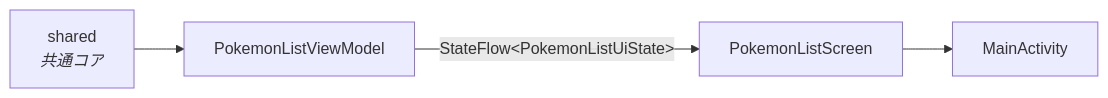
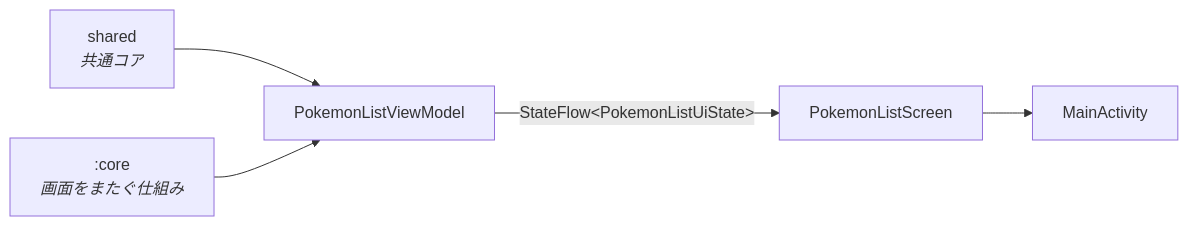
The second of 2 diagrams in README.md (yossibank/android-app-template), drawn with Mermaid before and after one commit. The commit also changed other lines of this file and 13 other files, not shown here.

````diff
--- a/README.md
+++ b/README.md
@@ -23,10 +23,12 @@
 ```mermaid
 flowchart LR
     SHARED["shared<br/><i>共通コア</i>"]
+    CORE[":core<br/><i>画面をまたぐ仕組み</i>"]
     VM["PokemonListViewModel"]
     SCREEN["PokemonListScreen"]
     ACT["MainActivity"]
     SHARED --> VM
+    CORE --> VM
     VM -->|"StateFlow&lt;PokemonListUiState&gt;"| SCREEN
     SCREEN --> ACT
 ```
````
